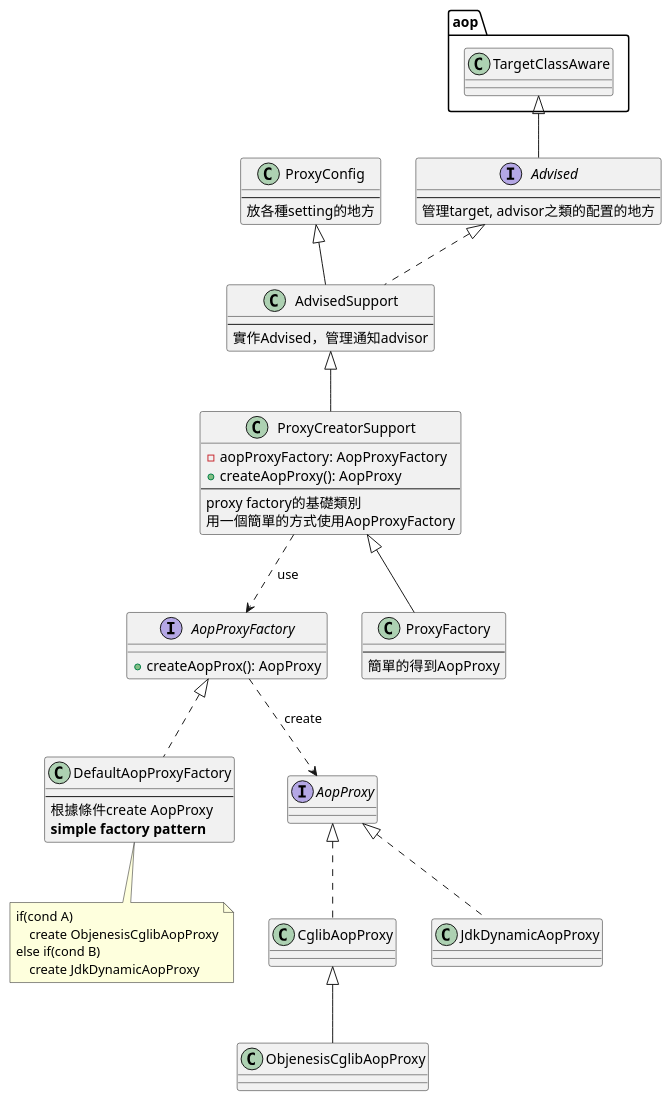
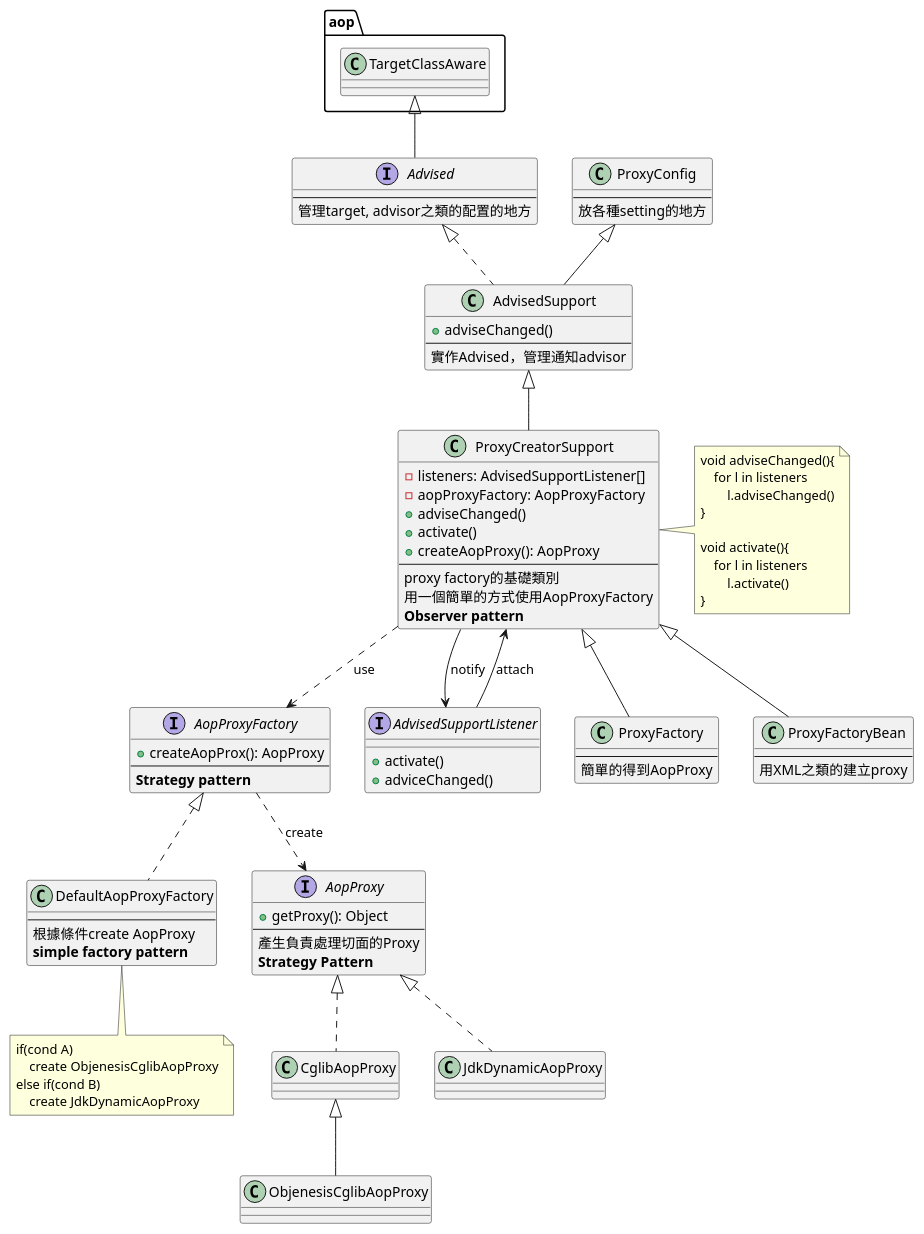
Before and after one commit to LeeYenChieh/Software_Engineering_Design2025FALL: the diagram in spring/framework/overview.puml, drawn with PlantUML. The commit also changed 30 other files, not shown here.

```diff
--- a/spring/framework/overview.puml
+++ b/spring/framework/overview.puml
@@ -1,86 +1,122 @@
 @startuml overview
 
 package aop{
     class TargetClassAware{
 
     }
 }
 
 interface Advised{
 --
 管理target, advisor之類的配置的地方
 }
 
 class ProxyConfig{
 --
 放各種setting的地方
 }
 
 class AdvisedSupport{
+    + adviseChanged()
 --
 實作Advised，管理通知advisor
 }
 
 class ProxyCreatorSupport{
+    - listeners: AdvisedSupportListener[]
     - aopProxyFactory: AopProxyFactory
+    + adviseChanged()
+    + activate()
     + createAopProxy(): AopProxy
 --
 proxy factory的基礎類別
 用一個簡單的方式使用AopProxyFactory
+**Observer pattern**
 }
 
+note right of ProxyCreatorSupport
+void adviseChanged(){
+    for l in listeners
+        l.adviseChanged()
+}
+
+void activate(){
+    for l in listeners
+        l.activate()
+}
+end note
+
 ProxyCreatorSupport ..> AopProxyFactory : use
+
+interface AdvisedSupportListener{
+    + activate()
+    + adviceChanged()
+}
+
+ProxyCreatorSupport --> AdvisedSupportListener : notify
+AdvisedSupportListener --> ProxyCreatorSupport : attach
 
 class ProxyFactory{
 --
 簡單的得到AopProxy
+}
+
+class ProxyFactoryBean{
+--
+用XML之類的建立proxy 
 }
 
 TargetClassAware <|-- Advised
 Advised <|.. AdvisedSupport
 ProxyConfig <|-- AdvisedSupport
 AdvisedSupport <|-- ProxyCreatorSupport
 ProxyCreatorSupport <|-- ProxyFactory
+ProxyCreatorSupport <|-- ProxyFactoryBean
 
 interface AopProxyFactory{
     + createAopProx(): AopProxy
+    --
+    **Strategy pattern**
 }
 
 class DefaultAopProxyFactory{
 --
 根據條件create AopProxy
 **simple factory pattern**
 }
 
 note bottom of DefaultAopProxyFactory
 if(cond A)
     create ObjenesisCglibAopProxy
 else if(cond B)
     create JdkDynamicAopProxy
 end note
 
 AopProxyFactory <|.. DefaultAopProxyFactory
 
 interface AopProxy{
-
+    + getProxy(): Object
+    --
+    產生負責處理切面的Proxy
+    **Strategy Pattern**
 }
 
 class CglibAopProxy{
 
 }
 
 class ObjenesisCglibAopProxy{
 
 }
 
 CglibAopProxy <|-- ObjenesisCglibAopProxy
 
 class JdkDynamicAopProxy{
 
 }
 
 AopProxy <|.. CglibAopProxy
 AopProxy <|.. JdkDynamicAopProxy
 AopProxyFactory ..> AopProxy : create
 
 @enduml
```
